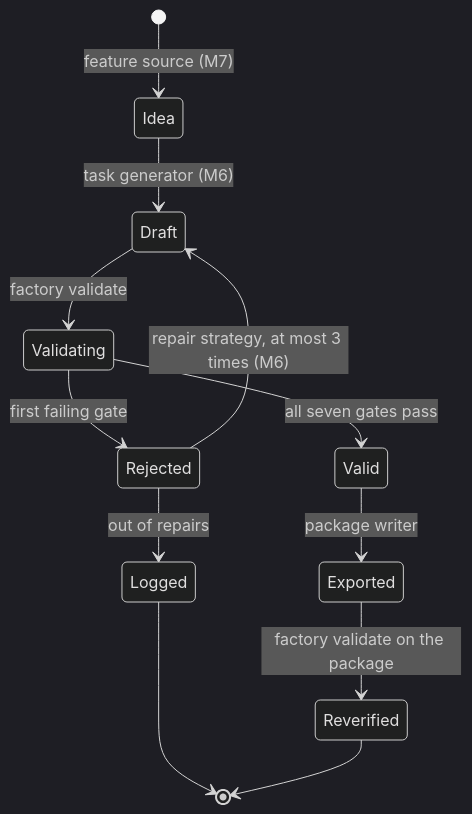
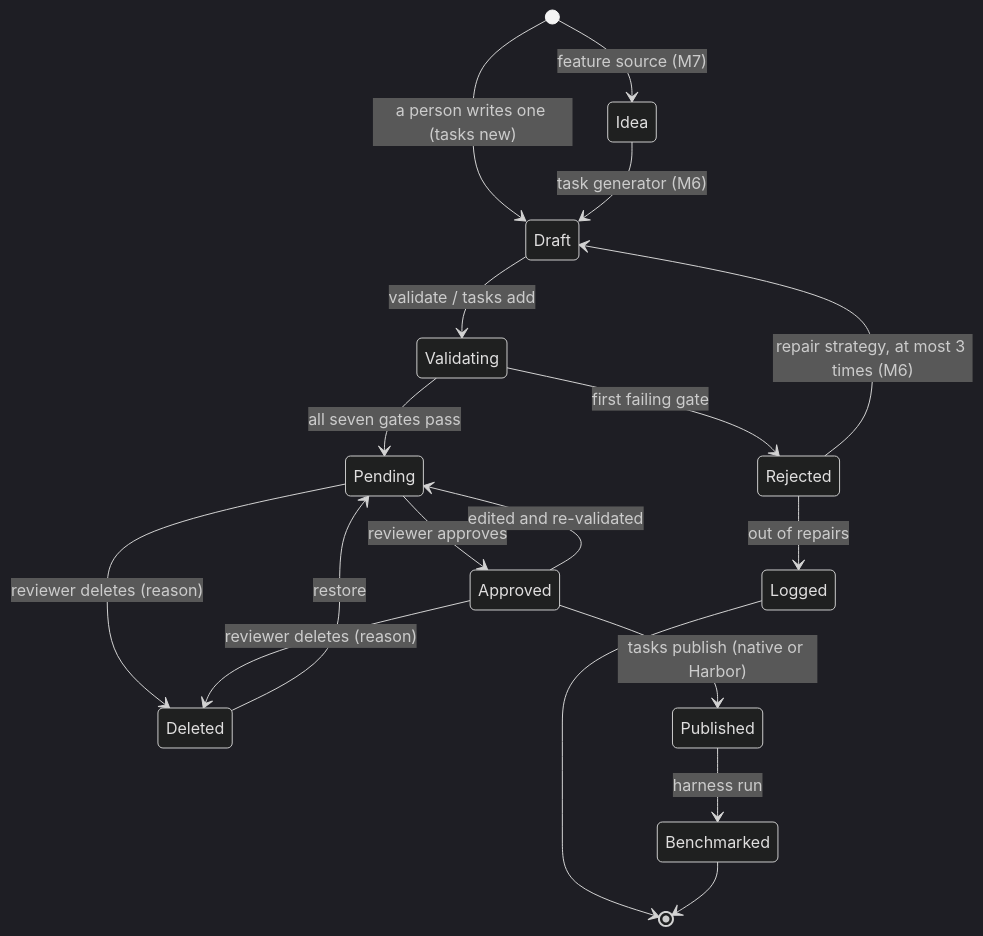
Diagram 12 of 13 in docs/design.md (sreenivasivbieb/task-factory), drawn with Mermaid (dark theme) before and after one commit. The commit also changed other lines of this file and 25 other files, not shown here.

First line of the commit message:
Human review, own tasks, coding harness and Harbor export

````diff
--- a/docs/design.md
+++ b/docs/design.md
@@ -560,14 +783,20 @@
 ```mermaid
 stateDiagram-v2
     [*] --> Idea : feature source (M7)
+    [*] --> Draft : a person writes one (tasks new)
     Idea --> Draft : task generator (M6)
-    Draft --> Validating : factory validate
+    Draft --> Validating : validate / tasks add
     Validating --> Rejected : first failing gate
-    Validating --> Valid : all seven gates pass
+    Validating --> Pending : all seven gates pass
     Rejected --> Draft : repair strategy, at most 3 times (M6)
     Rejected --> Logged : out of repairs
     Logged --> [*]
-    Valid --> Exported : package writer
-    Exported --> Reverified : factory validate on the package
-    Reverified --> [*]
+    Pending --> Approved : reviewer approves
+    Pending --> Deleted : reviewer deletes (reason)
+    Approved --> Deleted : reviewer deletes (reason)
+    Deleted --> Pending : restore
+    Approved --> Pending : edited and re-validated
+    Approved --> Published : tasks publish (native or Harbor)
+    Published --> Benchmarked : harness run
+    Benchmarked --> [*]
 ```
````
